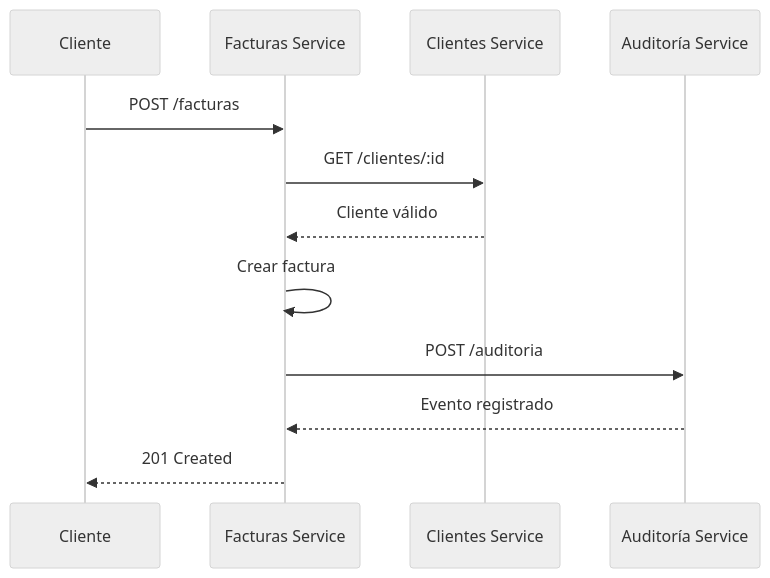
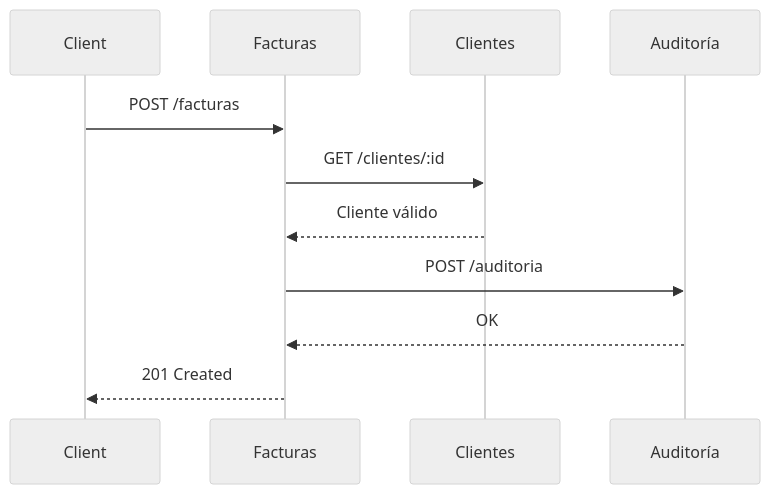
One commit to Asimpl3-Hero/RubyDoubleV changed the second of 3 diagrams in docs/DIAGRAMAS.md. Above: the diagram before and after it, drawn with Mermaid (neutral theme). The commit also changed other lines of this file, not shown here.

First line of the commit message:
Simplify and update Mermaid diagrams guide

````diff
--- a/docs/DIAGRAMAS.md
+++ b/docs/DIAGRAMAS.md
@@ -57,15 +44,14 @@
 ```mermaid
 sequenceDiagram
-    participant Client as Cliente
-    participant FS as Facturas Service
-    participant CS as Clientes Service
-    participant AS as Auditoría Service
+    participant Client
+    participant Facturas
+    participant Clientes
+    participant Auditoría
 
-    Client->>FS: POST /facturas
-    FS->>CS: GET /clientes/:id
-    CS-->>FS: Cliente válido
-    FS->>FS: Crear factura
-    FS->>AS: POST /auditoria
-    AS-->>FS: Evento registrado
-    FS-->>Client: 201 Created
+    Client->>Facturas: POST /facturas
+    Facturas->>Clientes: GET /clientes/:id
+    Clientes-->>Facturas: Cliente válido
+    Facturas->>Auditoría: POST /auditoria
+    Auditoría-->>Facturas: OK
+    Facturas-->>Client: 201 Created
 ```
````
